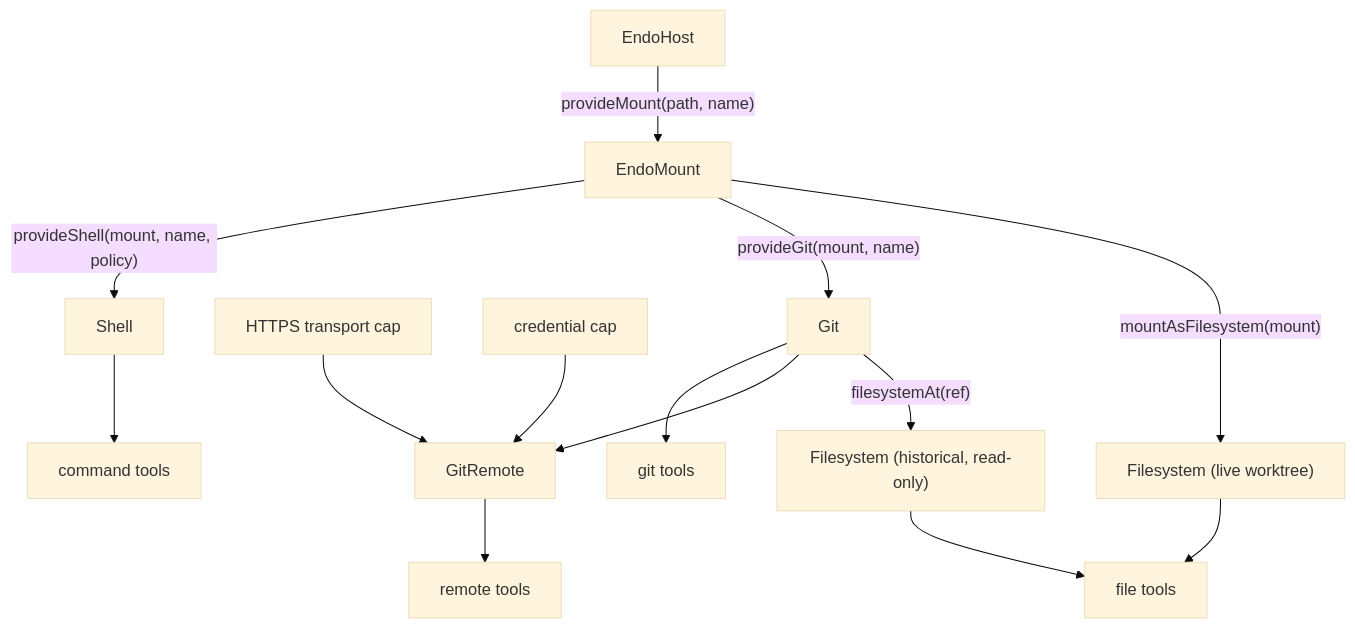
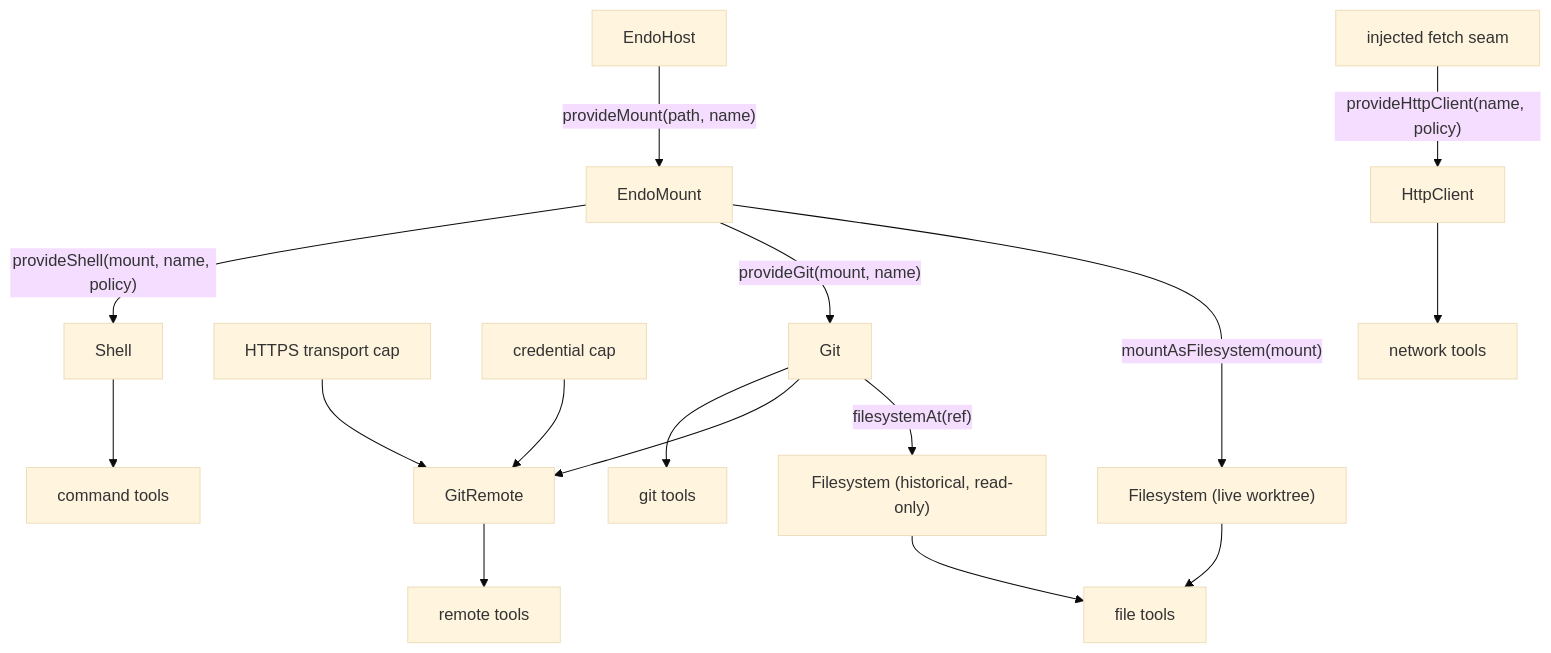
One commit to endojs/endo changed the diagram in designs/daemon-agent-tools.md. Above: the diagram before and after it, drawn with Mermaid (base theme). The commit also changed other lines of this file and 2 other files, not shown here.

Commit message:
docs(designs): reconcile daemon-agent-tools review followups

````diff
--- a/designs/daemon-agent-tools.md
+++ b/designs/daemon-agent-tools.md
@@ -119,16 +133,18 @@
 ```mermaid
 flowchart TD
   host["EndoHost"] -->|"provideMount(path, name)"| mount[EndoMount]
   mount -->|"mountAsFilesystem(mount)"| fs["Filesystem (live worktree)"]
   mount -->|"provideGit(mount, name)"| git[Git]
   git -->|"filesystemAt(ref)"| hfs["Filesystem (historical, read-only)"]
   git --> remote[GitRemote]
   transport["HTTPS transport cap"] --> remote
   cred["credential cap"] --> remote
   mount -->|"provideShell(mount, name, policy)"| shell[Shell]
+  fetchSeam["injected fetch seam"] -->|"provideHttpClient(name, policy)"| http[HttpClient]
   fs --> ftools["file tools"]
   hfs --> ftools
   git --> gtools["git tools"]
   remote --> rtools["remote tools"]
   shell --> stools["command tools"]
+  http --> htools["network tools"]
 ```
````
